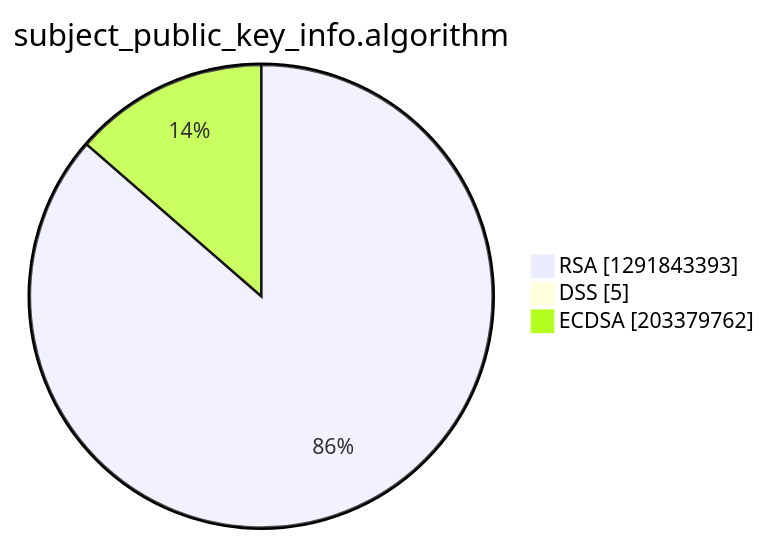
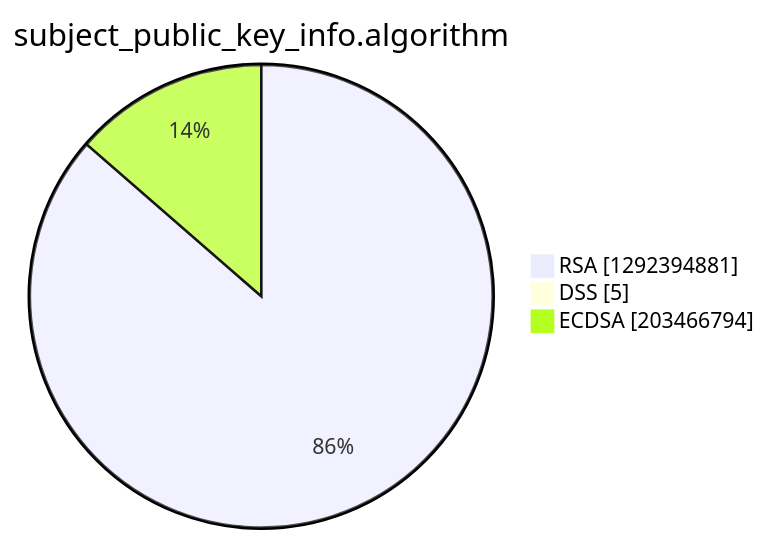
Before and after one commit to christiankrug/ctmonitor_visualization: the third of 15 diagrams in argon2022/README.md, drawn with Mermaid. The commit also changed other lines of this file, not shown here.

````diff
--- a/argon2022/README.md
+++ b/argon2022/README.md
@@ -14,7 +14,7 @@
 ```mermaid
 pie showData
 title subject_public_key_info.algorithm
-"RSA" :1291843393
+"RSA" :1292394881
 "DSS" :5
-"ECDSA" :203379762
+"ECDSA" :203466794
 ```
````
